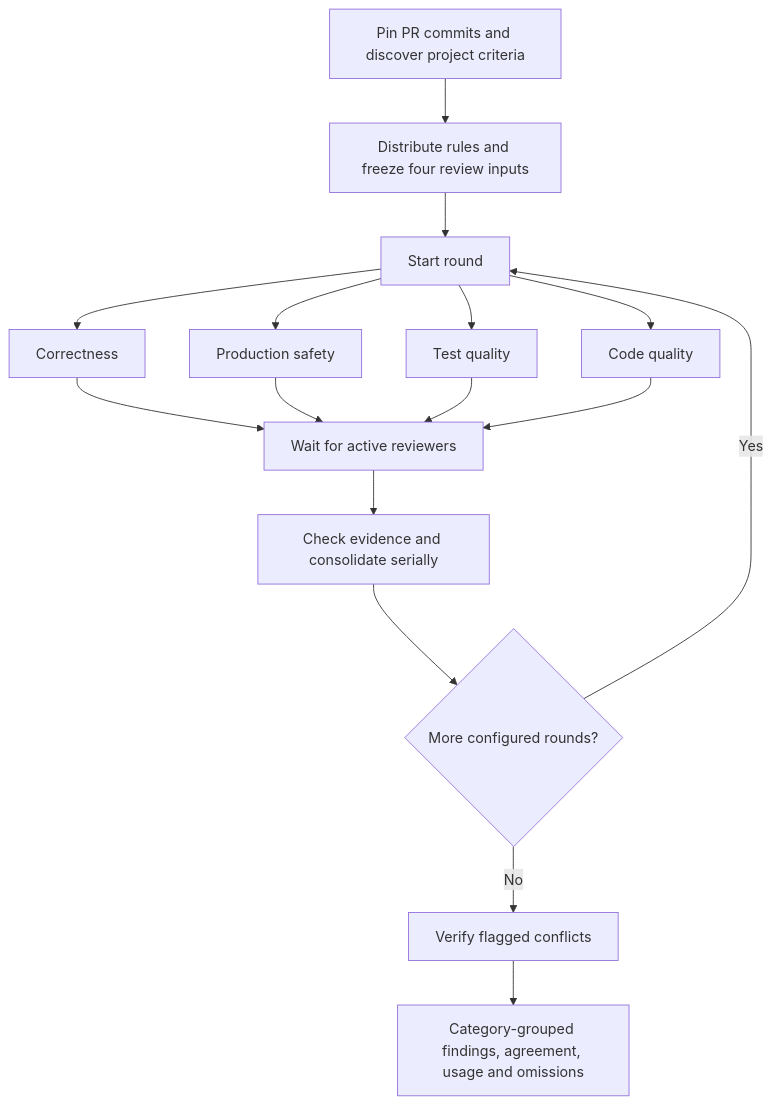
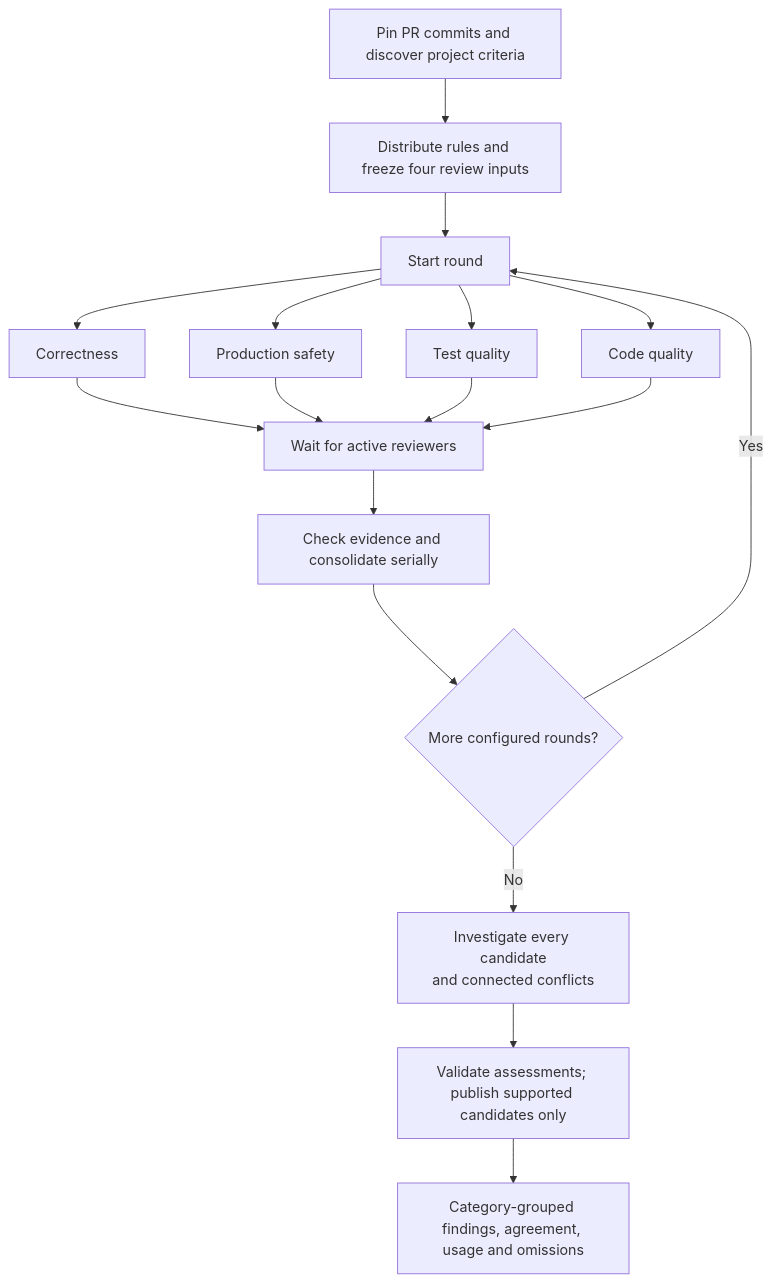
One commit to sskelkar/code-reviewer changed the diagram in README.md. Above: the diagram before and after it, drawn with Mermaid. The commit also changed other lines of this file and 46 other files, not shown here.

Commit message:
Verify every candidate before publishing review findings

````diff
--- a/README.md
+++ b/README.md
@@ -22,18 +22,19 @@
 ```mermaid
 flowchart TD
     INPUT["Pin PR commits and discover project criteria"] --> ROUTE["Distribute rules and freeze four review inputs"]
     ROUTE --> ROUND["Start round"]
     ROUND --> C["Correctness"]
     ROUND --> S["Production safety"]
     ROUND --> T["Test quality"]
     ROUND --> Q["Code quality"]
     C --> WAIT["Wait for active reviewers"]
     S --> WAIT
     T --> WAIT
     Q --> WAIT
     WAIT --> MERGE["Check evidence and consolidate serially"]
     MERGE --> MORE{"More configured rounds?"}
     MORE -->|Yes| ROUND
-    MORE -->|No| VERIFY["Verify flagged conflicts"]
-    VERIFY --> REPORT["Category-grouped findings, agreement, usage and omissions"]
+    MORE -->|No| VERIFY["Investigate every candidate<br/>and connected conflicts"]
+    VERIFY --> GATE["Validate assessments; publish supported candidates only"]
+    GATE --> REPORT["Category-grouped findings, agreement, usage and omissions"]
 ```
````
